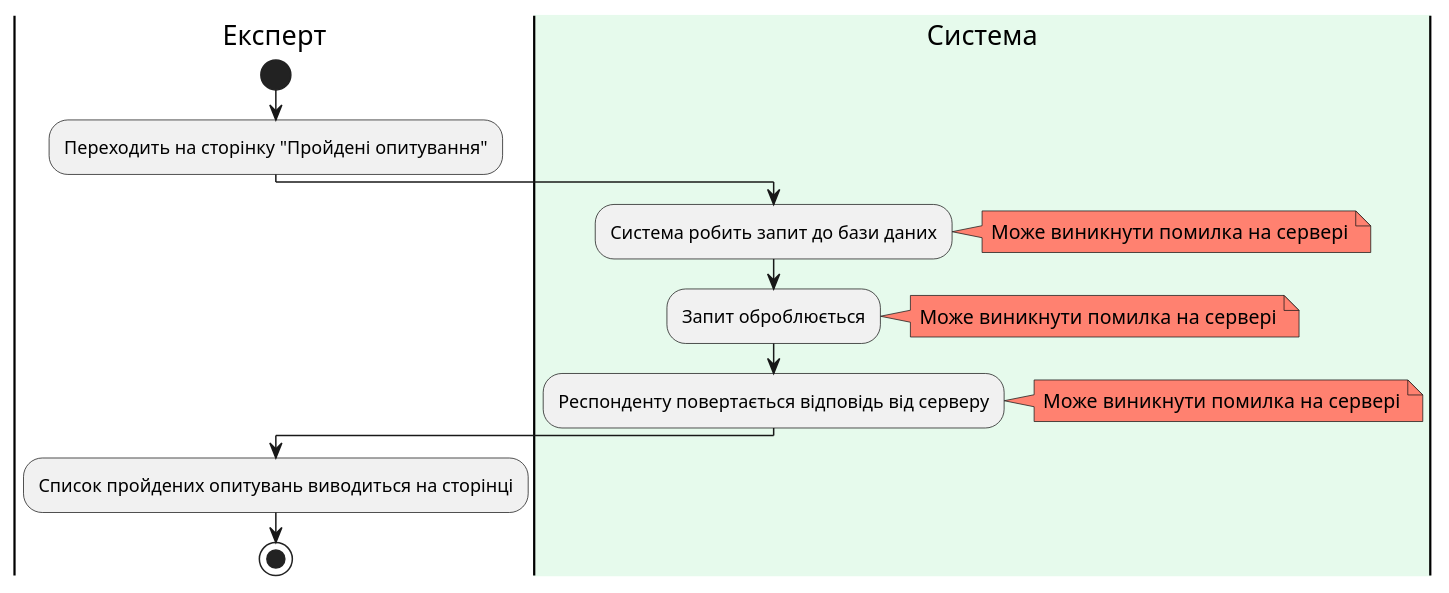
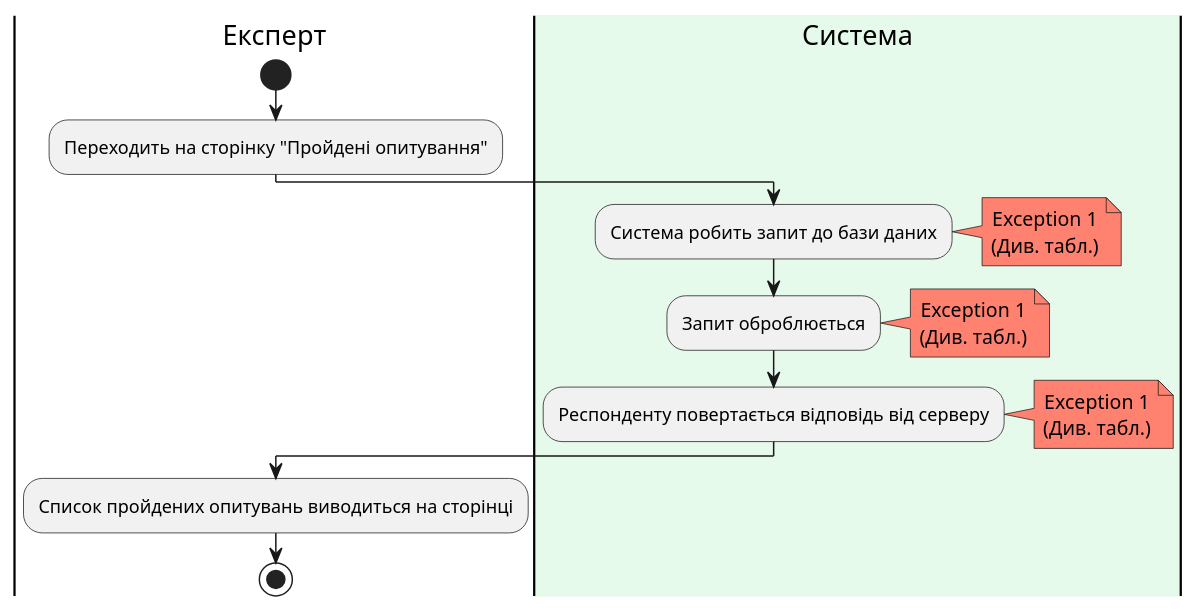
One commit to generalmaks/db_labs changed the diagram in docs/use_cases.md. Above: the diagram before and after it, drawn with PlantUML. The commit also changed other lines of this file, not shown here.

Commit message:
Update exceptions

````diff
--- a/docs/use_cases.md
+++ b/docs/use_cases.md
@@ -13,23 +13,27 @@
 ```plantuml
 @startuml
 |Експерт|
 start
+skinparam defaultTextAlignment center
 :Переходить на сторінку "Пройдені опитування";
 |#e6faec|Система|
 :Система робить запит до бази даних;
 note right #ff8170
-Може виникнути помилка на сервері
+Exception 1
+(Див. табл.)
 end note
 :Запит оброблюється;
 note right #ff8170
-Може виникнути помилка на сервері
+Exception 1
+(Див. табл.)
 end note
 :Респонденту повертається відповідь від серверу;
 note right #ff8170
-Може виникнути помилка на сервері
+Exception 1
+(Див. табл.)
 end note
 |Експерт|
 :Список пройдених опитувань виводиться на сторінці;
 stop
 @enduml
 ```
````
